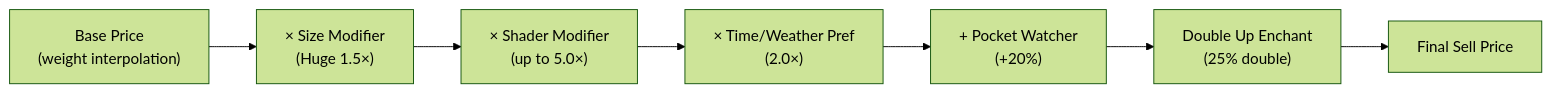
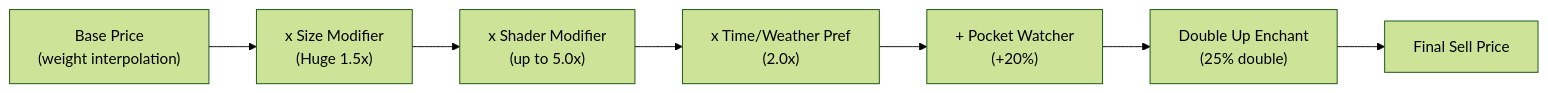
Diagram 11 of 12 in docs/gamedata-en.md (SeaLoong/Fish-Udon-Raw-Ilcode), drawn with Mermaid (forest theme) before and after one commit. The commit also changed other lines of this file and 7 other files, not shown here.

````diff
--- a/docs/gamedata-en.md
+++ b/docs/gamedata-en.md
@@ -610,9 +610,9 @@
 ```mermaid
 flowchart LR
-    A["Base Price\n(weight interpolation)"] --> B["× Size Modifier\n(Huge 1.5×)"]
-    B --> C["× Shader Modifier\n(up to 5.0×)"]
-    C --> D["× Time/Weather Pref\n(2.0×)"]
+    A["Base Price\n(weight interpolation)"] --> B["x Size Modifier\n(Huge 1.5x)"]
+    B --> C["x Shader Modifier\n(up to 5.0x)"]
+    C --> D["x Time/Weather Pref\n(2.0x)"]
     D --> E["+ Pocket Watcher\n(+20%)"]
     E --> F["Double Up Enchant\n(25% double)"]
     F --> G["Final Sell Price"]
 ```
````
